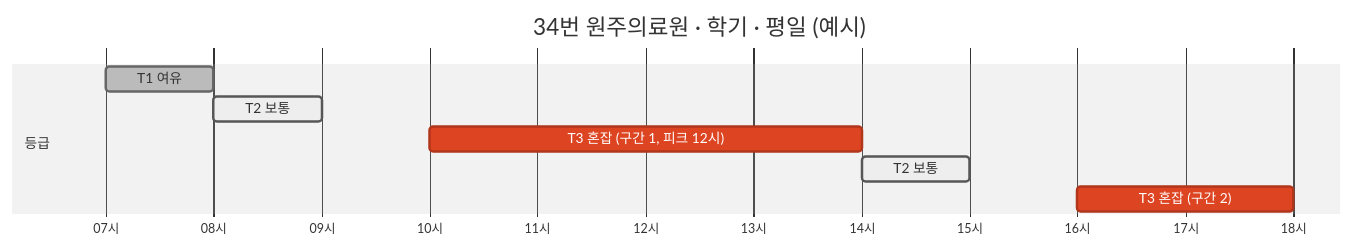
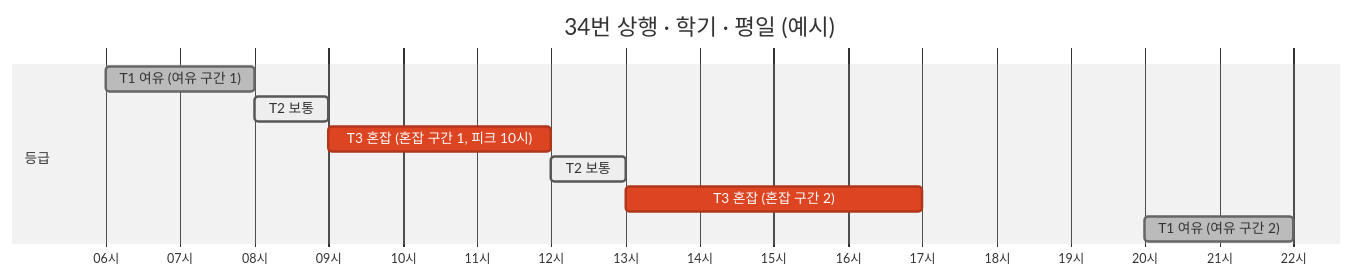
Before and after one commit to Nuloi/team8-capstone: the eighth of 10 diagrams in docs/architecture.md, drawn with Mermaid (neutral theme). The commit also changed other lines of this file and 14 other files, not shown here.

````diff
--- a/docs/architecture.md
+++ b/docs/architecture.md
@@ -289,12 +312,13 @@
 ```mermaid
 gantt
-    title 34번 원주의료원 · 학기 · 평일 (예시)
+    title 34번 상행 · 학기 · 평일 (예시)
     dateFormat HH
     axisFormat %H시
     section 등급
-    T1 여유 :done, 07, 1h
+    T1 여유 (여유 구간 1) :done, 06, 2h
     T2 보통 :active, 08, 1h
-    T3 혼잡 (구간 1, 피크 12시) :crit, 10, 4h
-    T2 보통 :active, 14, 1h
-    T3 혼잡 (구간 2) :crit, 16, 2h
+    T3 혼잡 (혼잡 구간 1, 피크 10시) :crit, 09, 3h
+    T2 보통 :active, 12, 1h
+    T3 혼잡 (혼잡 구간 2) :crit, 13, 4h
+    T1 여유 (여유 구간 2) :done, 20, 2h
 ```
````
